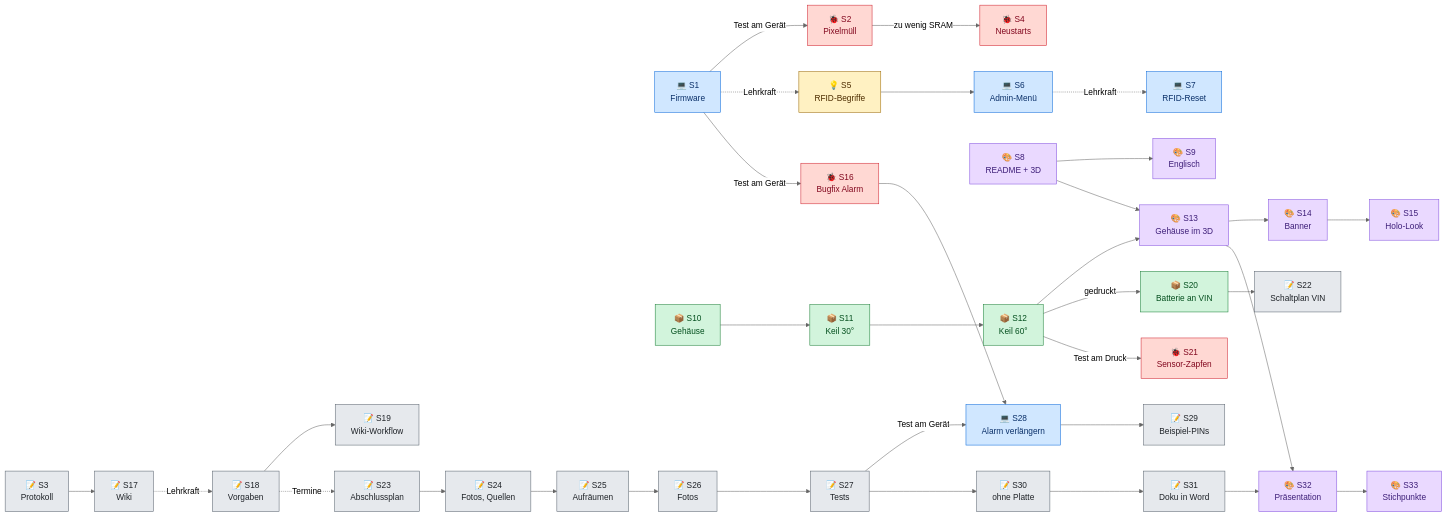
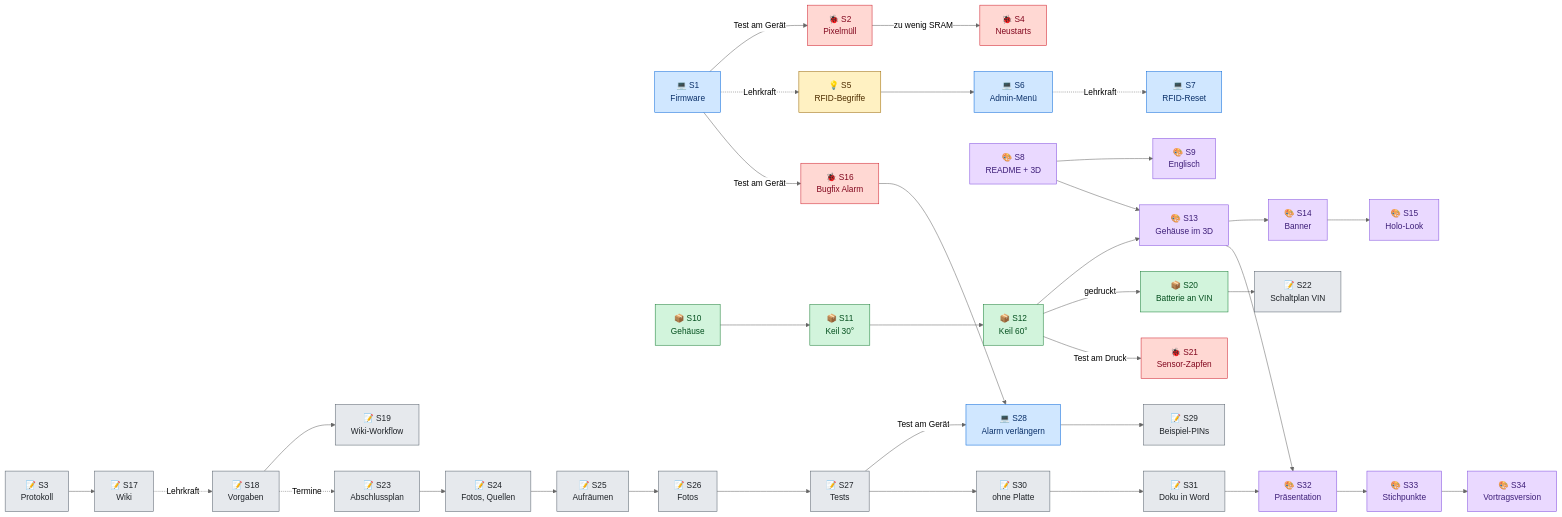
One commit to BBZ-AIFS51/LF7-Projekt_GAS changed the second of 3 diagrams in wiki/Entwicklungsverlauf.md. Above: the diagram before and after it, drawn with Mermaid (neutral theme). The commit also changed other lines of this file and 13 other files, not shown here.

````diff
--- a/wiki/Entwicklungsverlauf.md
+++ b/wiki/Entwicklungsverlauf.md
@@ -72,70 +73,71 @@
 ```mermaid
 flowchart LR
     P1["💻 S1<br/>Firmware"]
     P2["🐞 S2<br/>Pixelmüll"]
     P3["📝 S3<br/>Protokoll"]
     P4["🐞 S4<br/>Neustarts"]
     P5["💡 S5<br/>RFID-Begriffe"]
     P6["💻 S6<br/>Admin-Menü"]
     P7["💻 S7<br/>RFID-Reset"]
     P8["🎨 S8<br/>README + 3D"]
     P9["🎨 S9<br/>Englisch"]
     P10["📦 S10<br/>Gehäuse"]
     P11["📦 S11<br/>Keil 30°"]
     P12["📦 S12<br/>Keil 60°"]
     P13["🎨 S13<br/>Gehäuse im 3D"]
     P14["🎨 S14<br/>Banner"]
     P15["🎨 S15<br/>Holo-Look"]
     P16["🐞 S16<br/>Bugfix Alarm"]
     P17["📝 S17<br/>Wiki"]
     P18["📝 S18<br/>Vorgaben"]
     P19["📝 S19<br/>Wiki-Workflow"]
     P20["📦 S20<br/>Batterie an VIN"]
     P21["🐞 S21<br/>Sensor-Zapfen"]
     P22["📝 S22<br/>Schaltplan VIN"]
     P23["📝 S23<br/>Abschlussplan"]
     P24["📝 S24<br/>Fotos, Quellen"]
     P25["📝 S25<br/>Aufräumen"]
     P26["📝 S26<br/>Fotos"]
     P27["📝 S27<br/>Tests"]
     P28["💻 S28<br/>Alarm verlängern"]
     P29["📝 S29<br/>Beispiel-PINs"]
     P30["📝 S30<br/>ohne Platte"]
     P31["📝 S31<br/>Doku in Word"]
     P32["🎨 S32<br/>Präsentation"]
     P33["🎨 S33<br/>Stichpunkte"]
+    P34["🎨 S34<br/>Vortragsversion"]
 
     P1 -- "Test am Gerät" --> P2 -- "zu wenig SRAM" --> P4
     P1 -. "Lehrkraft" .-> P5 --> P6
     P6 -. "Lehrkraft" .-> P7
     P1 -- "Test am Gerät" --> P16
     P8 --> P9
     P8 --> P13
     P10 --> P11 --> P12 --> P13
     P12 -- "gedruckt" --> P20
     P12 -- "Test am Druck" --> P21
     P20 --> P22
     P13 --> P14 --> P15
     P3 --> P17
     P17 -. "Lehrkraft" .-> P18
     P18 --> P19
     P18 -. "Termine" .-> P23
     P23 --> P24 --> P25 --> P26 --> P27
     P16 --> P28
     P27 -- "Test am Gerät" --> P28 --> P29
-    P27 --> P30 --> P31 --> P32 --> P33
+    P27 --> P30 --> P31 --> P32 --> P33 --> P34
     P13 --> P32
 
     classDef fw fill:#d0e7ff,stroke:#0969da,color:#0a3069
     classDef bug fill:#ffd8d3,stroke:#cf222e,color:#82071e
     classDef info fill:#fff1c2,stroke:#9a6700,color:#4d2d00
     classDef vis fill:#ead9ff,stroke:#8250df,color:#3e1f79
     classDef box fill:#d2f4dc,stroke:#1a7f37,color:#044f1e
     classDef doc fill:#e6e9ed,stroke:#59636e,color:#1f2328
     class P1,P6,P7,P28 fw
     class P2,P4,P16,P21 bug
     class P5 info
-    class P8,P9,P13,P14,P15,P32,P33 vis
+    class P8,P9,P13,P14,P15,P32,P33,P34 vis
     class P10,P11,P12,P20 box
     class P3,P17,P18,P19,P22,P23,P24,P25,P26,P27,P29,P30,P31 doc
 ```
````
